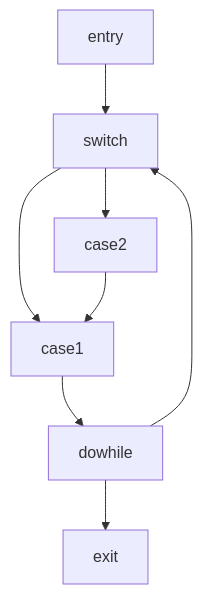
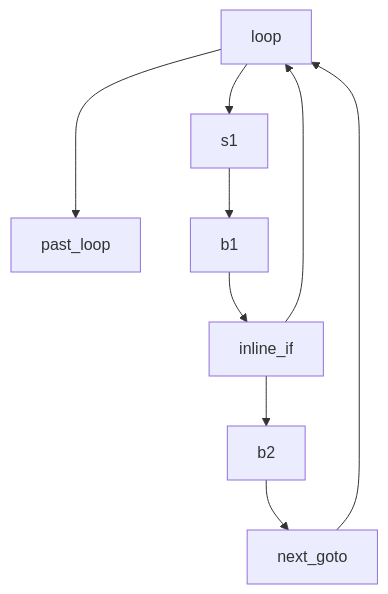
Diagram 15 of 15 in lectures/05_global.qmd (normrubin/normrubin.github.io), drawn with Mermaid before and after one commit. The commit also changed other lines of this file and 4 other files, not shown here.

````diff
--- a/lectures/05_global.qmd
+++ b/lectures/05_global.qmd
@@ -322,10 +475,11 @@
 ```{mermaid}
     graph TD;
-    entry --> switch;
-    switch --> case1
-    switch --> case2
-    case2--> case1
-    case1 --> dowhile
-    dowhile --> switch
-    dowhile --> exit
+    loop--> s1
+    loop---> past_loop
+    s1--> b1
+    b1 -->inline_if
+    inline_if --> b2
+    b2 --> next_goto
+    inline_if --> loop
+    next_goto --> loop
 ```
````
